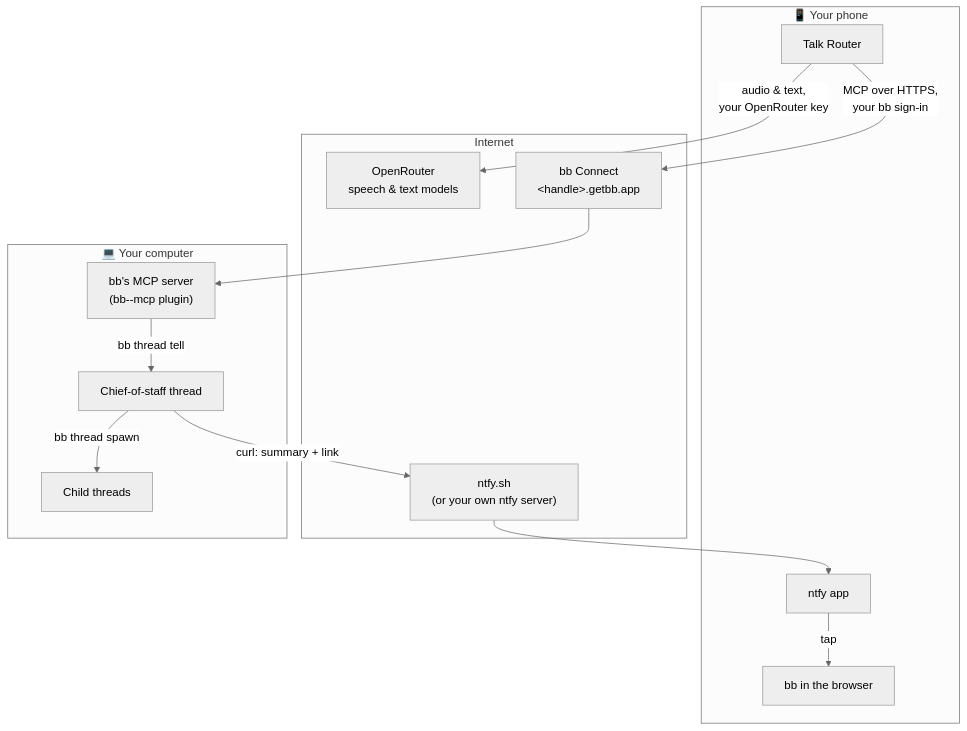
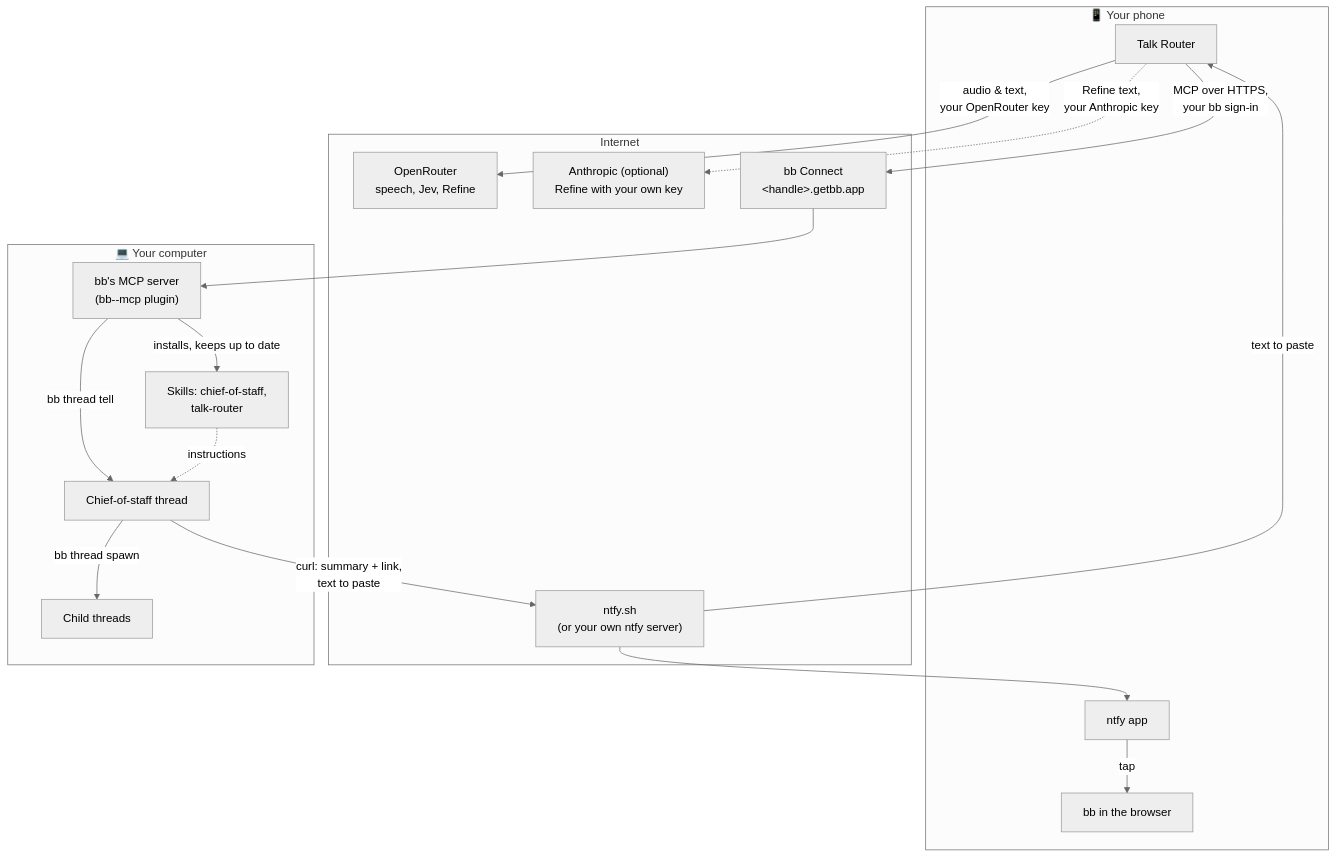
Before and after one commit to Philipp-Userlike/dictate-and-delegate: the second of 4 diagrams in README.md, drawn with Mermaid (neutral theme). The commit also changed other lines of this file and 8 other files, not shown here.

````diff
--- a/README.md
+++ b/README.md
@@ -65,24 +78,30 @@
 ```mermaid
 flowchart TB
     subgraph phone["📱 Your phone"]
         app["Talk Router"]
         ntfyapp["ntfy app"]
         pwa["bb in the browser"]
     end
     subgraph cloud["Internet"]
-        or["OpenRouter<br/>speech & text models"]
+        or["OpenRouter<br/>speech, Jev, Refine"]
+        an["Anthropic (optional)<br/>Refine with your own key"]
         connect["bb Connect<br/>&lt;handle&gt;.getbb.app"]
         ntfy["ntfy.sh<br/>(or your own ntfy server)"]
     end
     subgraph mac["💻 Your computer"]
         mcp["bb's MCP server<br/>(bb--mcp plugin)"]
+        skills["Skills: chief-of-staff,<br/>talk-router"]
         chief["Chief-of-staff thread"]
         kids["Child threads"]
     end
     app -- "audio & text,<br/>your OpenRouter key" --> or
+    app -. "Refine text,<br/>your Anthropic key" .-> an
     app -- "MCP over HTTPS,<br/>your bb sign-in" --> connect --> mcp
+    mcp -- "installs, keeps up to date" --> skills
     mcp -- "bb thread tell" --> chief
+    skills -. "instructions" .-> chief
     chief -- "bb thread spawn" --> kids
-    chief -- "curl: summary + link" --> ntfy --> ntfyapp
+    chief -- "curl: summary + link,<br/>text to paste" --> ntfy --> ntfyapp
+    ntfy -- "text to paste" --> app
     ntfyapp -- "tap" --> pwa
 ```
````
